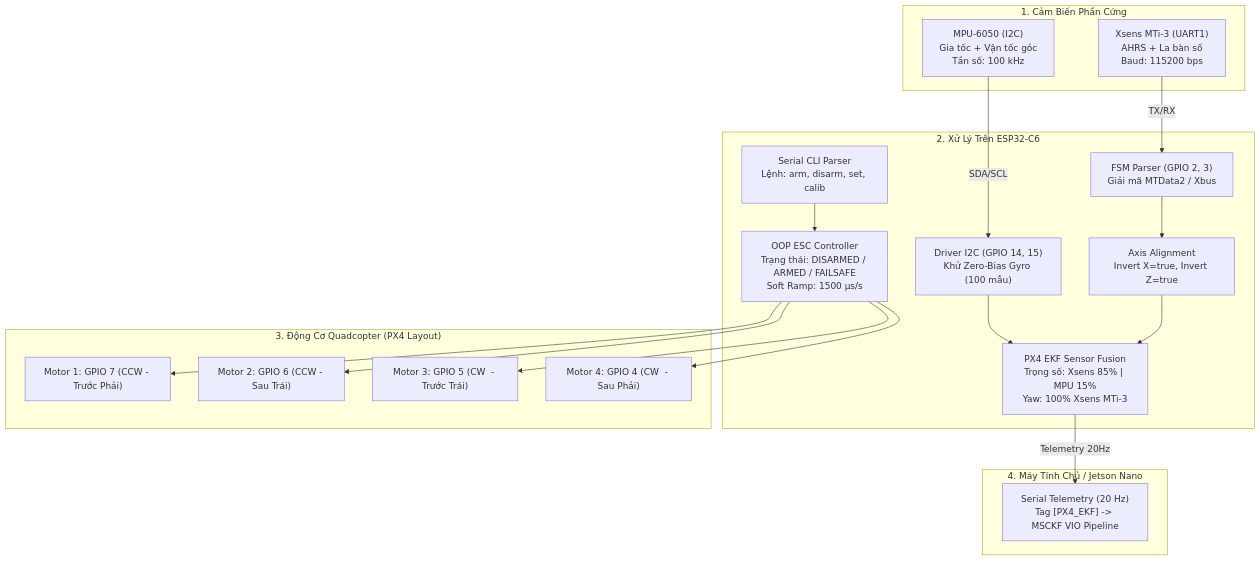
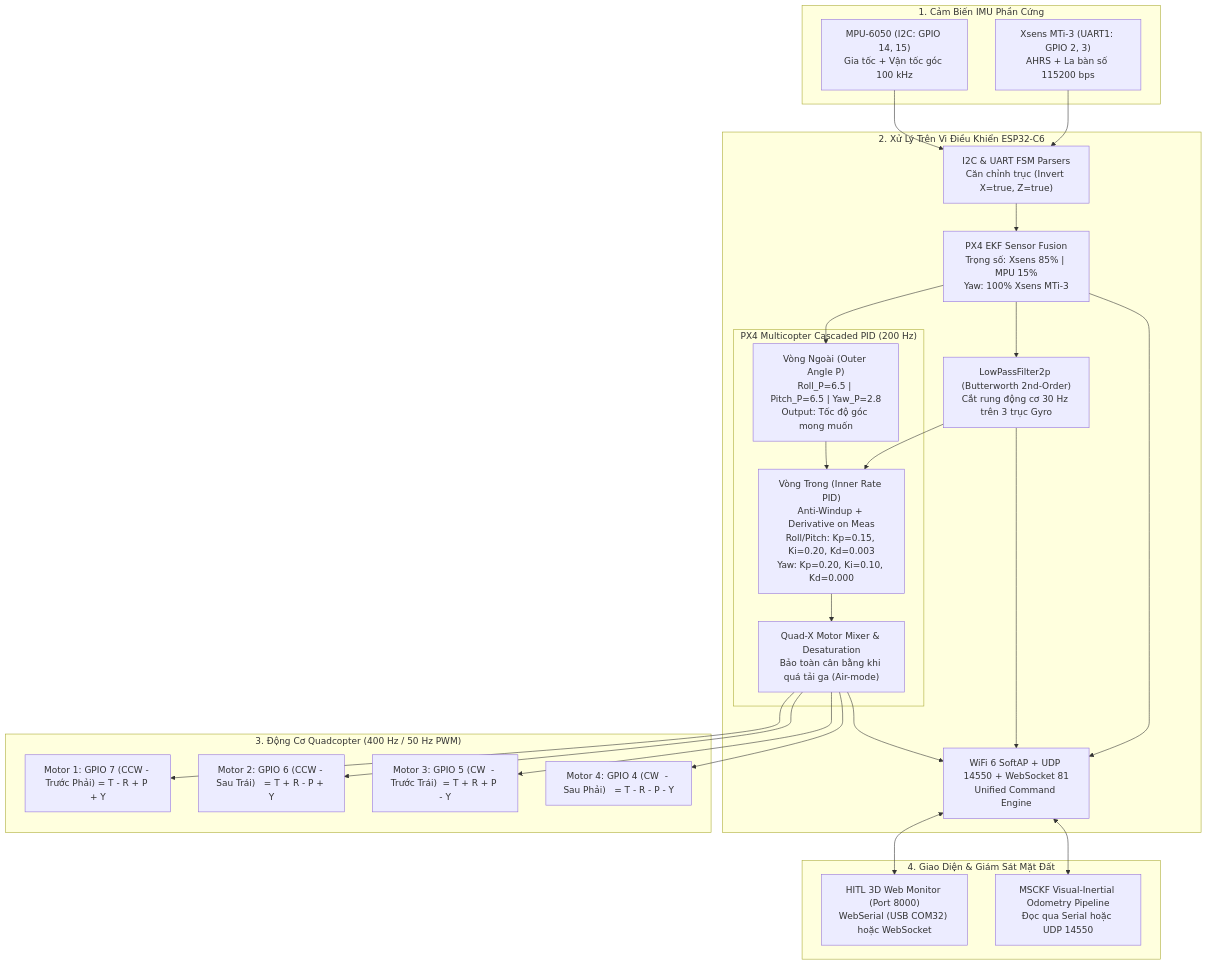
One commit to 23020889-netizen/ESP32-Flight-Controller changed the diagram in firmware/dual_imu_esp32c6/README.md. Above: the diagram before and after it, drawn with Mermaid. The commit also changed other lines of this file and 35 other files, not shown here.

````diff
--- a/firmware/dual_imu_esp32c6/README.md
+++ b/firmware/dual_imu_esp32c6/README.md
@@ -22,40 +16,44 @@
 ```mermaid
 flowchart TD
-    subgraph SENSORS["1. Cảm Biến Phần Cứng"]
-        MPU["MPU-6050 (I2C)<br/>Gia tốc + Vận tốc góc<br/>Tần số: 100 kHz"]
-        XSENS["Xsens MTi-3 (UART1)<br/>AHRS + La bàn số<br/>Baud: 115200 bps"]
+    subgraph SENSORS["1. Cảm Biến IMU Phần Cứng"]
+        MPU["MPU-6050 (I2C: GPIO 14, 15)<br/>Gia tốc + Vận tốc góc 100 kHz"]
+        XSENS["Xsens MTi-3 (UART1: GPIO 2, 3)<br/>AHRS + La bàn số 115200 bps"]
     end
 
-    subgraph ESP32C6["2. Xử Lý Trên ESP32-C6"]
-        I2C_DRV["Driver I2C (GPIO 14, 15)<br/>Khử Zero-Bias Gyro (100 mẫu)"]
-        UART_FSM["FSM Parser (GPIO 2, 3)<br/>Giải mã MTData2 / Xbus"]
-        ALIGN["Axis Alignment<br/>Invert X=true, Invert Z=true"]
+    subgraph ESP32C6["2. Xử Lý Trên Vi Điều Khiển ESP32-C6"]
+        DRV["I2C & UART FSM Parsers<br/>Căn chỉnh trục (Invert X=true, Z=true)"]
         
         EKF["PX4 EKF Sensor Fusion<br/>Trọng số: Xsens 85% | MPU 15%<br/>Yaw: 100% Xsens MTi-3"]
         
-        CLI["Serial CLI Parser<br/>Lệnh: arm, disarm, set, calib"]
-        ESC_OOP["OOP ESC Controller<br/>Trạng thái: DISARMED / ARMED / FAILSAFE<br/>Soft Ramp: 1500 µs/s"]
+        BUTTER["LowPassFilter2p (Butterworth 2nd-Order)<br/>Cắt rung động cơ 30 Hz trên 3 trục Gyro"]
+        
+        subgraph PID_CASCADE["PX4 Multicopter Cascaded PID (200 Hz)"]
+            OUTER["Vòng Ngoài (Outer Angle P)<br/>Roll_P=6.5 | Pitch_P=6.5 | Yaw_P=2.8<br/>Output: Tốc độ góc mong muốn"]
+            INNER["Vòng Trong (Inner Rate PID)<br/>Anti-Windup + Derivative on Meas<br/>Roll/Pitch: Kp=0.15, Ki=0.20, Kd=0.003<br/>Yaw: Kp=0.20, Ki=0.10, Kd=0.000"]
+            MIXER["Quad-X Motor Mixer & Desaturation<br/>Bảo toàn cân bằng khi quá tải ga (Air-mode)"]
+        end
+
+        WIFI_TEL["WiFi 6 SoftAP + UDP 14550 + WebSocket 81<br/>Unified Command Engine"]
     end
 
-    subgraph ACTUATORS["3. Động Cơ Quadcopter (PX4 Layout)"]
-        M1["Motor 1: GPIO 7 (CCW - Trước Phải)"]
-        M2["Motor 2: GPIO 6 (CCW - Sau Trái)"]
-        M3["Motor 3: GPIO 5 (CW  - Trước Trái)"]
-        M4["Motor 4: GPIO 4 (CW  - Sau Phải)"]
+    subgraph ACTUATORS["3. Động Cơ Quadcopter (400 Hz / 50 Hz PWM)"]
+        M1["Motor 1: GPIO 7 (CCW - Trước Phải) = T - R + P + Y"]
+        M2["Motor 2: GPIO 6 (CCW - Sau Trái)   = T + R - P + Y"]
+        M3["Motor 3: GPIO 5 (CW  - Trước Trái)  = T + R + P - Y"]
+        M4["Motor 4: GPIO 4 (CW  - Sau Phải)   = T - R - P - Y"]
     end
 
-    subgraph HOST["4. Máy Tính Chủ / Jetson Nano"]
-        TELE["Serial Telemetry (20 Hz)<br/>Tag [PX4_EKF] -> MSCKF VIO Pipeline"]
+    subgraph GROUND["4. Giao Diện & Giám Sát Mặt Đất"]
+        WEB["HITL 3D Web Monitor (Port 8000)<br/>WebSerial (USB COM32) hoặc WebSocket"]
+        VIO["MSCKF Visual-Inertial Odometry Pipeline<br/>Đọc qua Serial hoặc UDP 14550"]
     end
 
-    MPU -->|SDA/SCL| I2C_DRV
-    XSENS -->|TX/RX| UART_FSM
-    UART_FSM --> ALIGN
+    MPU & XSENS --> DRV --> EKF
+    EKF --> OUTER
+    EKF --> BUTTER --> INNER
+    OUTER --> INNER --> MIXER
+    MIXER --> M1 & M2 & M3 & M4
     
-    I2C_DRV --> EKF
-    ALIGN --> EKF
-    
-    EKF -->|Telemetry 20Hz| TELE
-    CLI --> ESC_OOP
-    ESC_OOP --> M1 & M2 & M3 & M4
+    EKF & BUTTER & MIXER --> WIFI_TEL
+    WIFI_TEL <--> WEB & VIO
 ```
````
